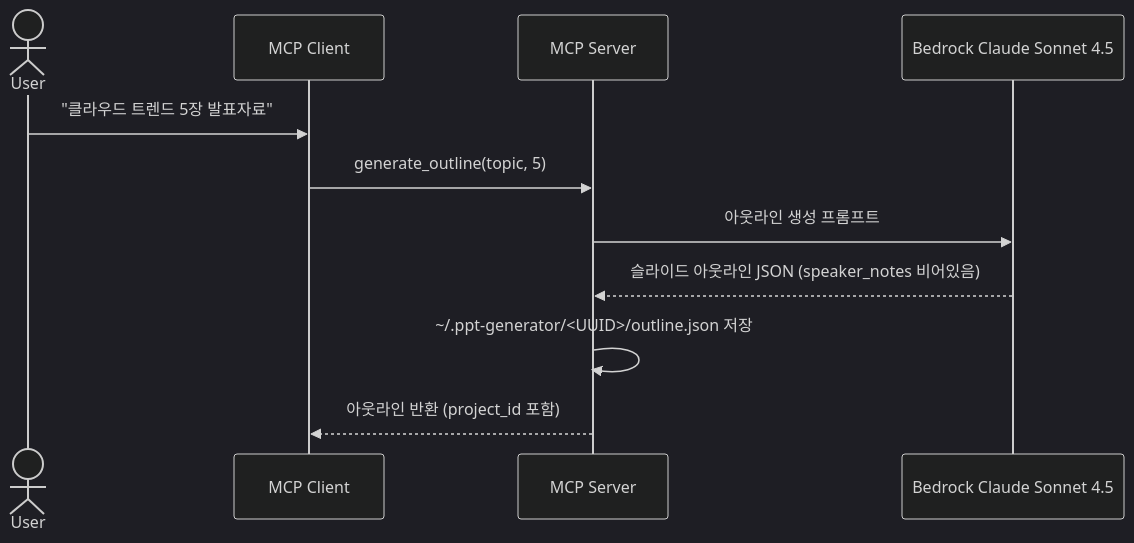
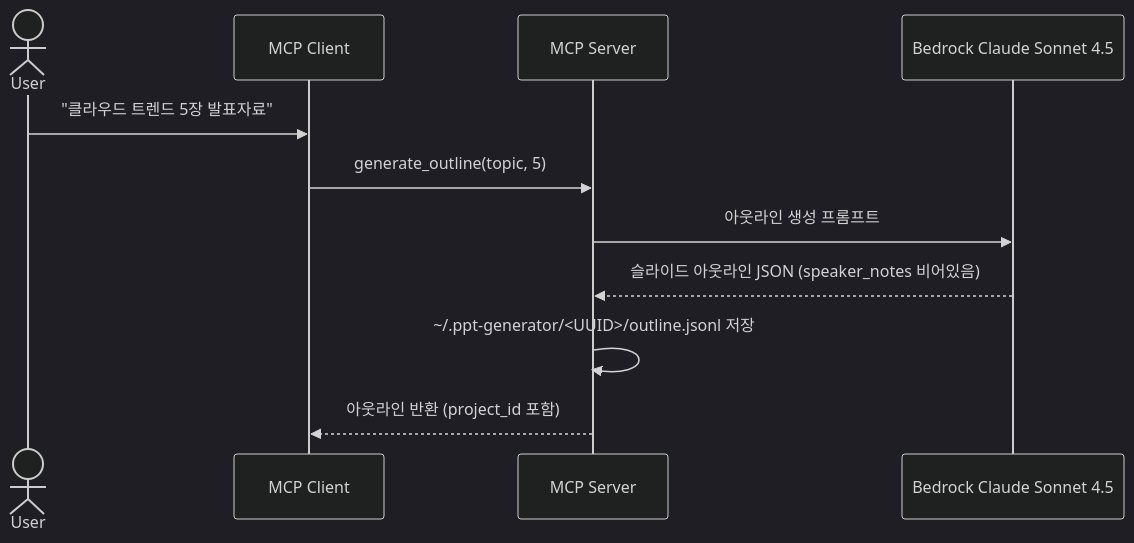
One commit to haandol/ppt-generator changed the diagram in docs/adr/pipeline/0001-outline-generation.md. Above: the diagram before and after it, drawn with Mermaid (dark theme). The commit also changed other lines of this file and 11 other files, not shown here.

First line of the commit message:
refactor(storage): migrate outline to JSONL format and add slide_index to all artifacts

````diff
--- a/docs/adr/pipeline/0001-outline-generation.md
+++ b/docs/adr/pipeline/0001-outline-generation.md
@@ -49,14 +50,14 @@
 ```mermaid
 sequenceDiagram
     actor User
     participant Client as MCP Client
     participant Server as MCP Server
     participant LLM as Bedrock Claude Sonnet 4.5
 
     User->>Client: "클라우드 트렌드 5장 발표자료"
     Client->>Server: generate_outline(topic, 5)
     Server->>LLM: 아웃라인 생성 프롬프트
     LLM-->>Server: 슬라이드 아웃라인 JSON (speaker_notes 비어있음)
-    Server->>Server: ~/.ppt-generator/<UUID>/outline.json 저장
+    Server->>Server: ~/.ppt-generator/<UUID>/outline.jsonl 저장
     Server-->>Client: 아웃라인 반환 (project_id 포함)
 ```
````
